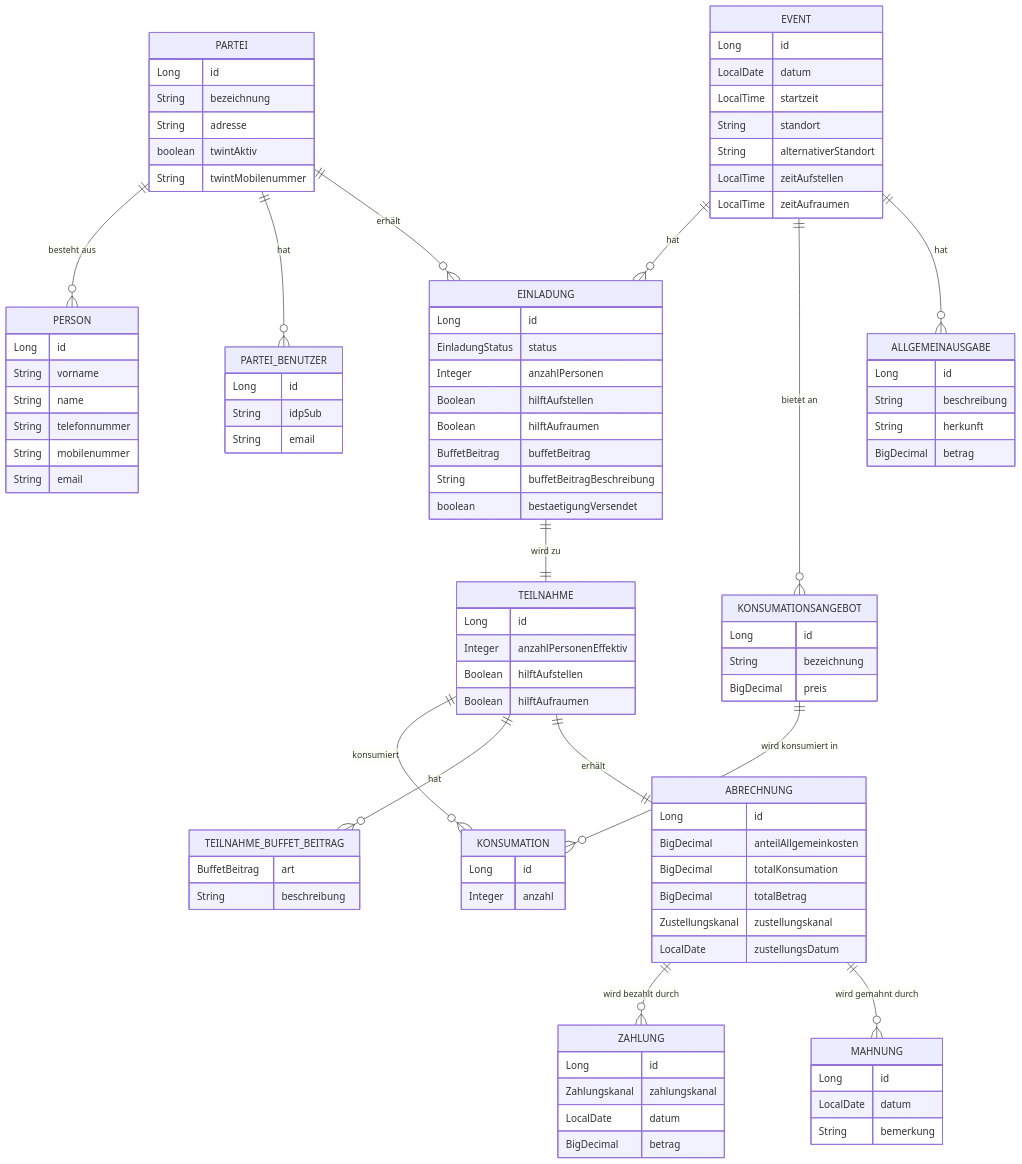
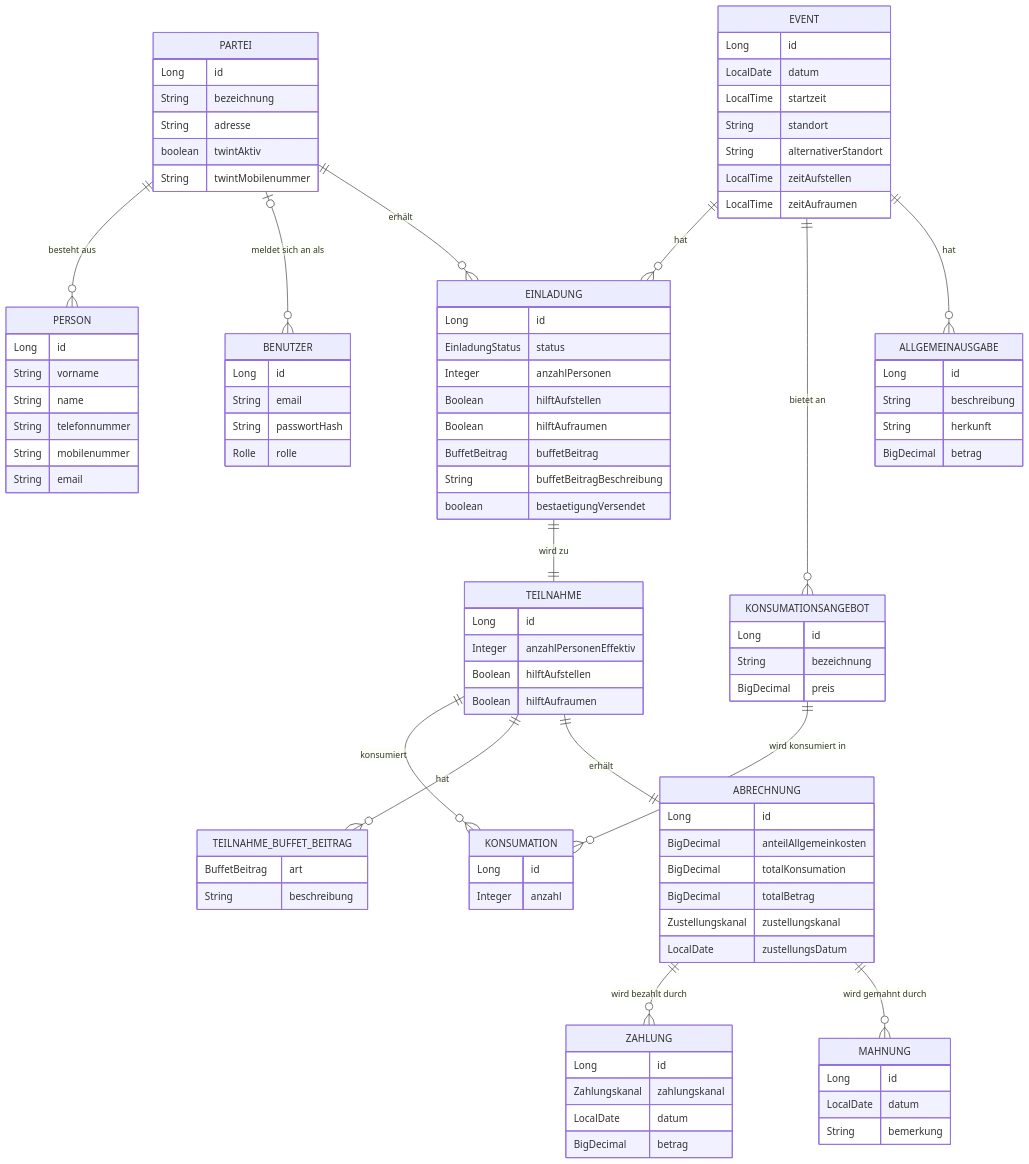
Before and after one commit to davidrossier/quartierfest-backend: the second of 2 diagrams in specs/architecture.md, drawn with Mermaid. The commit also changed other lines of this file and 36 other files, not shown here.

```diff
--- a/specs/architecture.md
+++ b/specs/architecture.md
@@ -155,14 +153,15 @@
         String bemerkung
     }
 
-    PARTEI_BENUTZER {
+    BENUTZER {
         Long id
-        String idpSub
         String email
+        String passwortHash
+        Rolle rolle
     }
 
     PARTEI ||--o{ PERSON : "besteht aus"
-    PARTEI ||--o{ PARTEI_BENUTZER : "hat"
+    PARTEI |o--o{ BENUTZER : "meldet sich an als"
     PARTEI ||--o{ EINLADUNG : "erhält"
     EVENT ||--o{ EINLADUNG : "hat"
     EINLADUNG ||--|| TEILNAHME : "wird zu"
```
